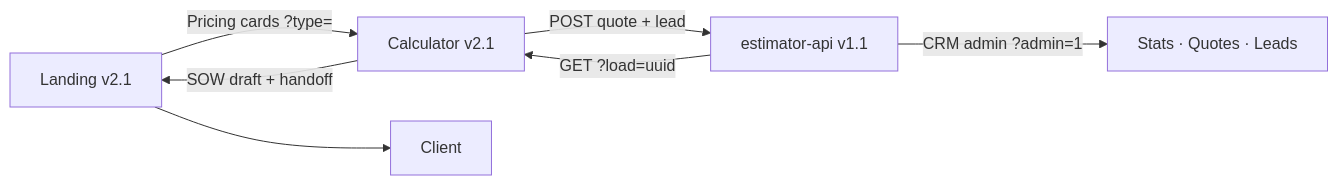
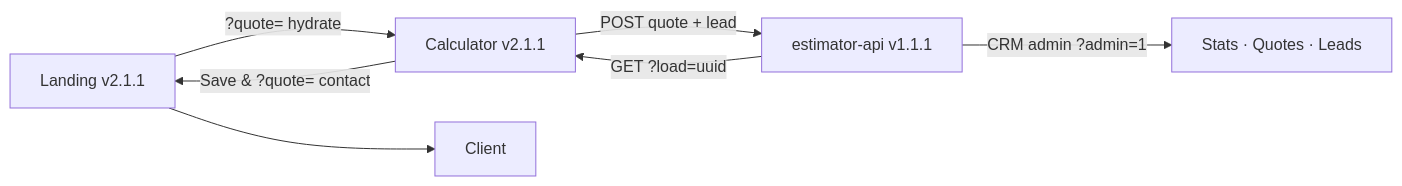
One commit to pixellayer7-jpg/pixellayer7-jpg changed the diagram in README.md. Above: the diagram before and after it, drawn with Mermaid. The commit also changed other lines of this file and 1 other file, not shown here.

Commit message:
Update profile docs for v2.1.1 quote-to-contact funnel

````diff
--- a/README.md
+++ b/README.md
@@ -18,9 +18,9 @@
 ```mermaid
 flowchart LR
-  A[Landing v2.1] -->|Pricing cards ?type=| B[Calculator v2.1]
-  B -->|SOW draft + handoff| A
-  B -->|POST quote + lead| D[estimator-api v1.1]
+  A[Landing v2.1.1] -->|?quote= hydrate| B[Calculator v2.1.1]
+  B -->|Save & ?quote= contact| A
+  B -->|POST quote + lead| D[estimator-api v1.1.1]
   D -->|CRM admin ?admin=1| E[Stats · Quotes · Leads]
   D -->|GET ?load=uuid| B
   A --> C[Client]
 ```
````
